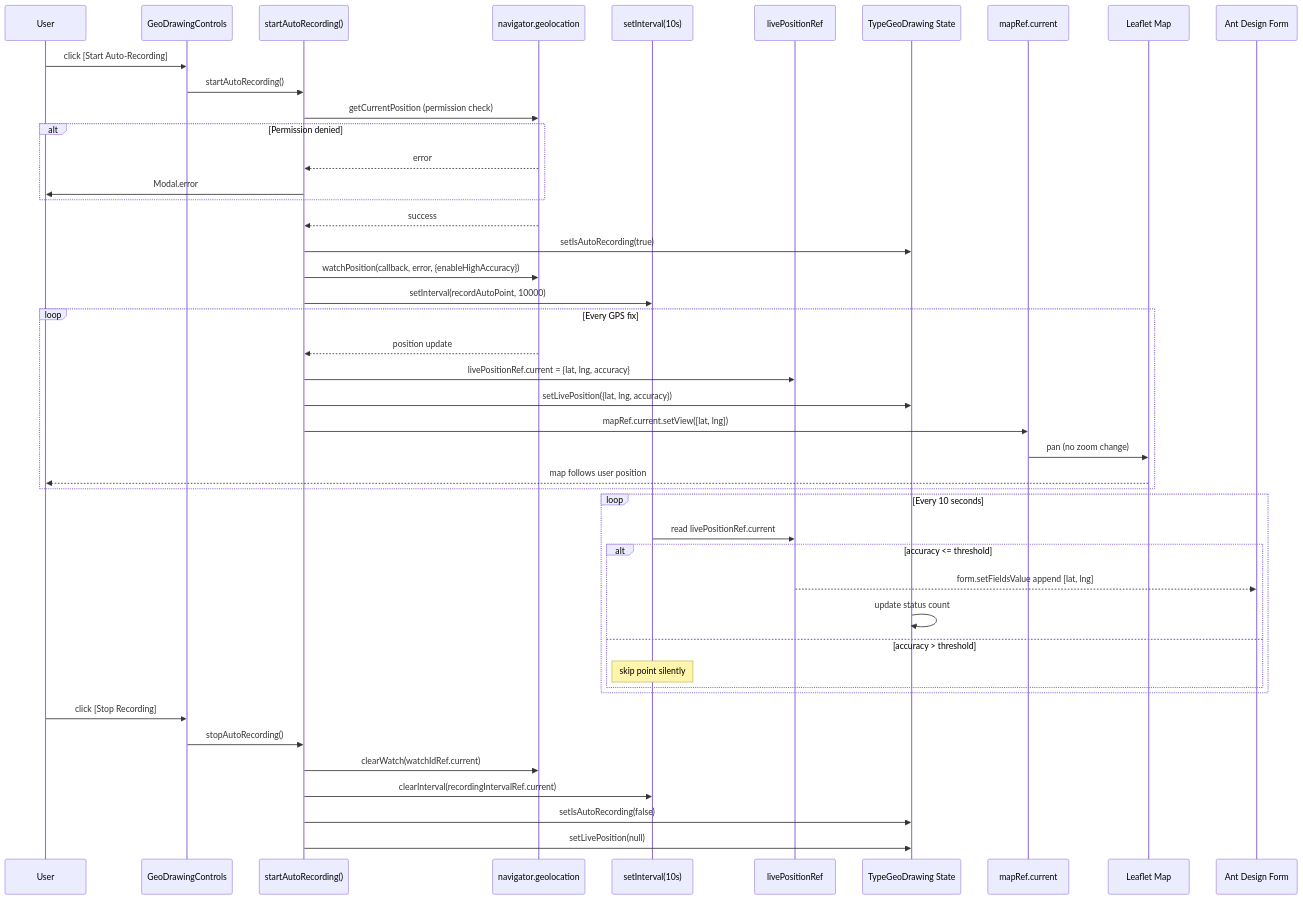
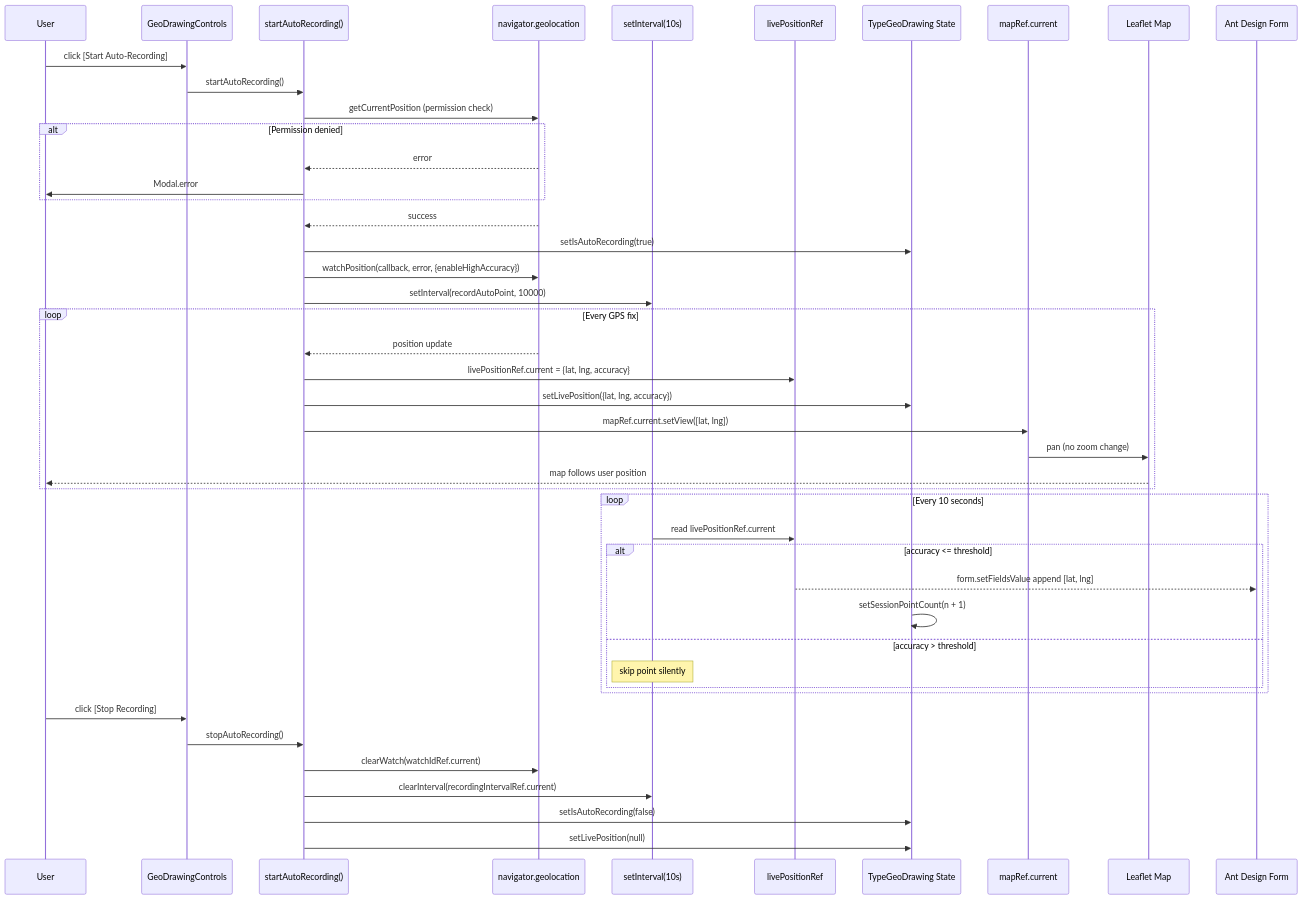
One commit to akvo/akvo-react-form changed the fourth of 6 diagrams in docs/geo-drawing-auto-record/design.md. Above: the diagram before and after it, drawn with Mermaid. The commit also changed other lines of this file and 4 other files, not shown here.

````diff
--- a/docs/geo-drawing-auto-record/design.md
+++ b/docs/geo-drawing-auto-record/design.md
@@ -114,53 +159,53 @@
 ```mermaid
 sequenceDiagram
     participant User
     participant Controls as GeoDrawingControls
     participant Handler as startAutoRecording()
     participant GeoAPI as navigator.geolocation
     participant Interval as setInterval(10s)
     participant LiveRef as livePositionRef
     participant State as TypeGeoDrawing State
     participant MapRef as mapRef.current
     participant Map as Leaflet Map
     participant Form as Ant Design Form
 
     User->>Controls: click [Start Auto-Recording]
     Controls->>Handler: startAutoRecording()
     Handler->>GeoAPI: getCurrentPosition (permission check)
 
     alt Permission denied
         GeoAPI-->>Handler: error
         Handler->>User: Modal.error
     end
 
     GeoAPI-->>Handler: success
     Handler->>State: setIsAutoRecording(true)
     Handler->>GeoAPI: watchPosition(callback, error, {enableHighAccuracy})
     Handler->>Interval: setInterval(recordAutoPoint, 10000)
 
     loop Every GPS fix
         GeoAPI-->>Handler: position update
         Handler->>LiveRef: livePositionRef.current = {lat, lng, accuracy}
         Handler->>State: setLivePosition({lat, lng, accuracy})
         Handler->>MapRef: mapRef.current.setView([lat, lng])
         MapRef->>Map: pan (no zoom change)
         Map-->>User: map follows user position
     end
 
     loop Every 10 seconds
         Interval->>LiveRef: read livePositionRef.current
         alt accuracy <= threshold
             LiveRef-->>Form: form.setFieldsValue append [lat, lng]
-            State->>State: update status count
+            State->>State: setSessionPointCount(n + 1)
         else accuracy > threshold
             Note over Interval: skip point silently
         end
     end
 
     User->>Controls: click [Stop Recording]
     Controls->>Handler: stopAutoRecording()
     Handler->>GeoAPI: clearWatch(watchIdRef.current)
     Handler->>Interval: clearInterval(recordingIntervalRef.current)
     Handler->>State: setIsAutoRecording(false)
     Handler->>State: setLivePosition(null)
 ```
````
